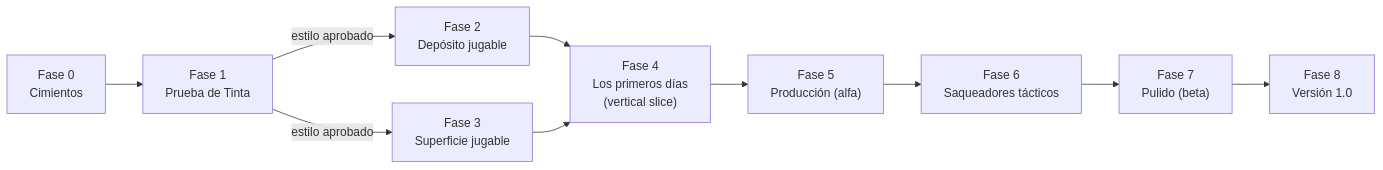
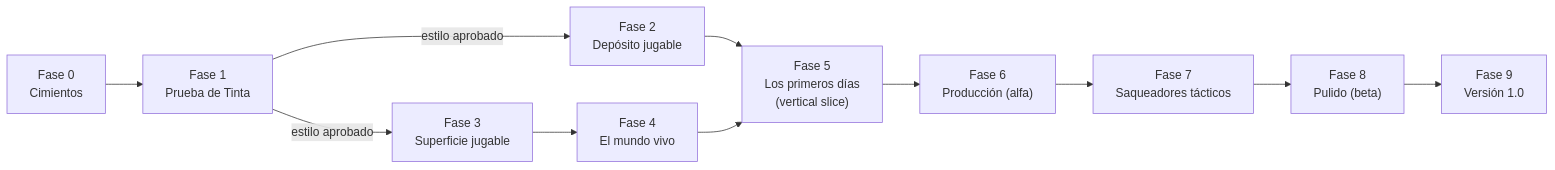
One commit to Noel619/Metro_S.T.A.L.K.E.R changed the second of 2 diagrams in README.md. Above: the diagram before and after it, drawn with Mermaid. The commit also changed other lines of this file and 22 other files, not shown here.

First line of the commit message:
Mundo vivo, gobierno civil y noche con linterna (revisión 2)

````diff
--- a/README.md
+++ b/README.md
@@ -762,12 +798,13 @@
 ```mermaid
 flowchart LR
     F0["Fase 0<br/>Cimientos"] --> F1["Fase 1<br/>Prueba de Tinta"]
     F1 -->|estilo aprobado| F2["Fase 2<br/>Depósito jugable"]
     F1 -->|estilo aprobado| F3["Fase 3<br/>Superficie jugable"]
-    F2 --> F4["Fase 4<br/>Los primeros días<br/>(vertical slice)"]
-    F3 --> F4
-    F4 --> F5["Fase 5<br/>Producción (alfa)"]
-    F5 --> F6["Fase 6<br/>Saqueadores tácticos"]
-    F6 --> F7["Fase 7<br/>Pulido (beta)"]
-    F7 --> F8["Fase 8<br/>Versión 1.0"]
+    F3 --> F4["Fase 4<br/>El mundo vivo"]
+    F2 --> F5["Fase 5<br/>Los primeros días<br/>(vertical slice)"]
+    F4 --> F5
+    F5 --> F6["Fase 6<br/>Producción (alfa)"]
+    F6 --> F7["Fase 7<br/>Saqueadores tácticos"]
+    F7 --> F8["Fase 8<br/>Pulido (beta)"]
+    F8 --> F9["Fase 9<br/>Versión 1.0"]
 ```
````
